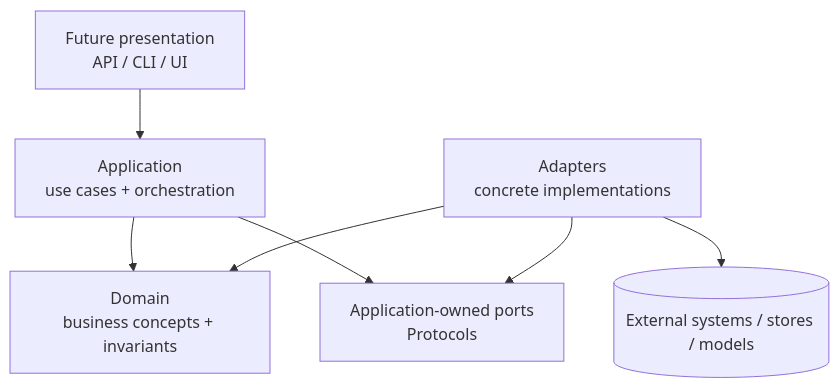
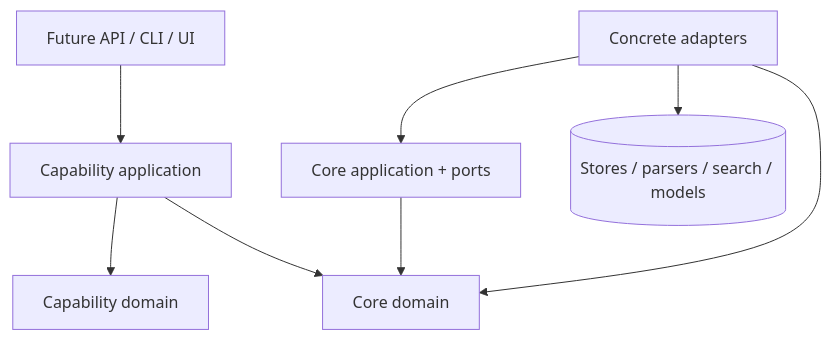
Before and after one commit to kumarchandansingh/tropos: the second of 7 diagrams in docs/architecture/ARCHITECTURE_OVERVIEW.md, drawn with Mermaid. The commit also changed other lines of this file and 23 other files, not shown here.

````diff
--- a/docs/architecture/ARCHITECTURE_OVERVIEW.md
+++ b/docs/architecture/ARCHITECTURE_OVERVIEW.md
@@ -11,16 +35,18 @@
 ```mermaid
 flowchart TB
-    Presentation[Future presentation<br/>API / CLI / UI]
-    Application[Application<br/>use cases + orchestration]
-    Domain[Domain<br/>business concepts + invariants]
-    Ports[Application-owned ports<br/>Protocols]
-    Adapters[Adapters<br/>concrete implementations]
-    External[(External systems / stores / models)]
+    Presentation[Future API / CLI / UI]
+    CapApp[Capability application]
+    CapDomain[Capability domain]
+    CoreApp[Core application + ports]
+    CoreDomain[Core domain]
+    Adapters[Concrete adapters]
+    External[(Stores / parsers / search / models)]
 
-    Presentation --> Application
-    Application --> Domain
-    Application --> Ports
-    Adapters --> Domain
-    Adapters --> Ports
+    Presentation --> CapApp
+    CapApp --> CapDomain
+    CapApp --> CoreDomain
+    CoreApp --> CoreDomain
+    Adapters --> CoreDomain
+    Adapters --> CoreApp
     Adapters --> External
 ```
````
